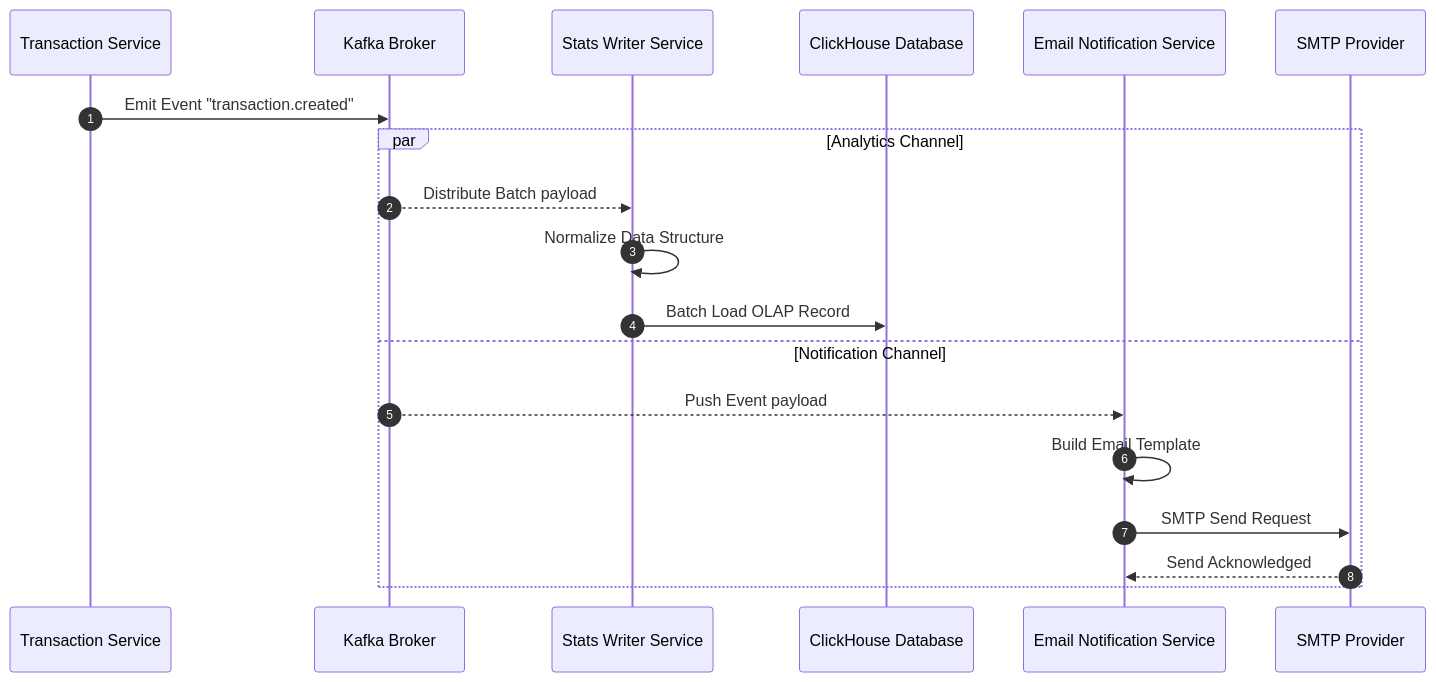
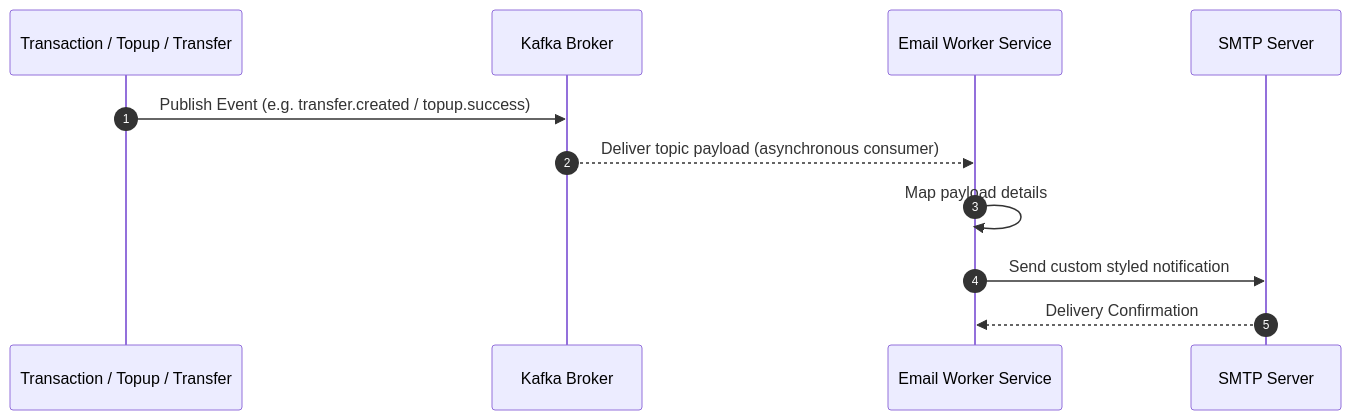
Before and after one commit to renaldyhidayatt/renaldyhidayatt.github.io: the fifth of 8 diagrams in src/content/portfolio/microservice-payment-gateway.mdx, drawn with Mermaid. The commit also changed other lines of this file and 19 other files, not shown here.

Commit message:
refactor: overhaul project documentation with detailed architectural summaries and expanded domain-driven service specifications

````diff
--- a/src/content/portfolio/microservice-payment-gateway.mdx
+++ b/src/content/portfolio/microservice-payment-gateway.mdx
@@ -316,22 +339,14 @@
 ```mermaid
 sequenceDiagram
     autonumber
-    participant TX as Transaction Service
+    participant SVC as Transaction / Topup / Transfer
     participant K as Kafka Broker
-    participant SW as Stats Writer Service
-    participant CH as ClickHouse Database
-    participant EM as Email Notification Service
-    participant SMTP as SMTP Provider
+    participant EMAIL as Email Worker Service
+    participant SMTP as SMTP Server
 
-    TX->>K: Emit Event "transaction.created"
-    par Analytics Channel
-        K-->>SW: Distribute Batch payload
-        SW->>SW: Normalize Data Structure
-        SW->>CH: Batch Load OLAP Record
-    and Notification Channel
-        K-->>EM: Push Event payload
-        EM->>EM: Build Email Template
-        EM->>SMTP: SMTP Send Request
-        SMTP-->>EM: Send Acknowledged
-    end
+    SVC->>K: Publish Event (e.g. transfer.created / topup.success)
+    K-->>EMAIL: Deliver topic payload (asynchronous consumer)
+    EMAIL->>EMAIL: Map payload details
+    EMAIL->>SMTP: Send custom styled notification
+    SMTP-->>EMAIL: Delivery Confirmation
 ```
````
